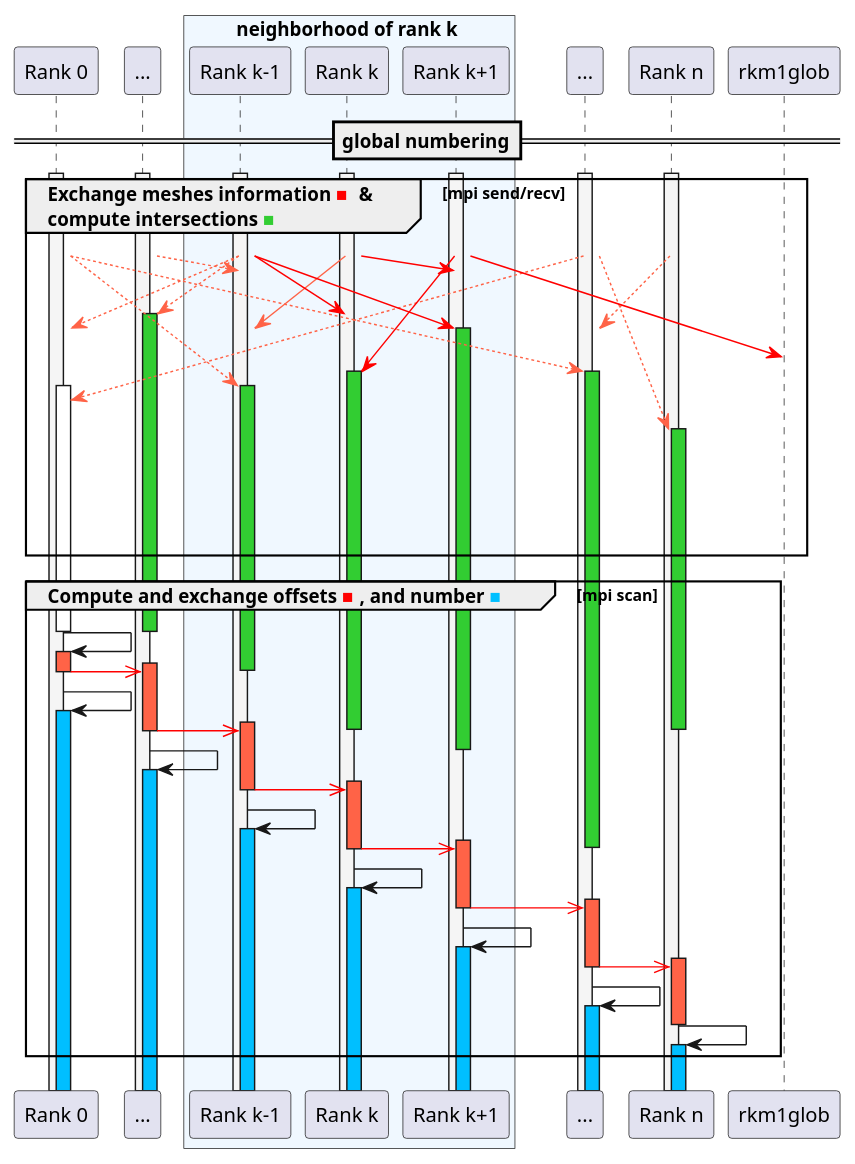
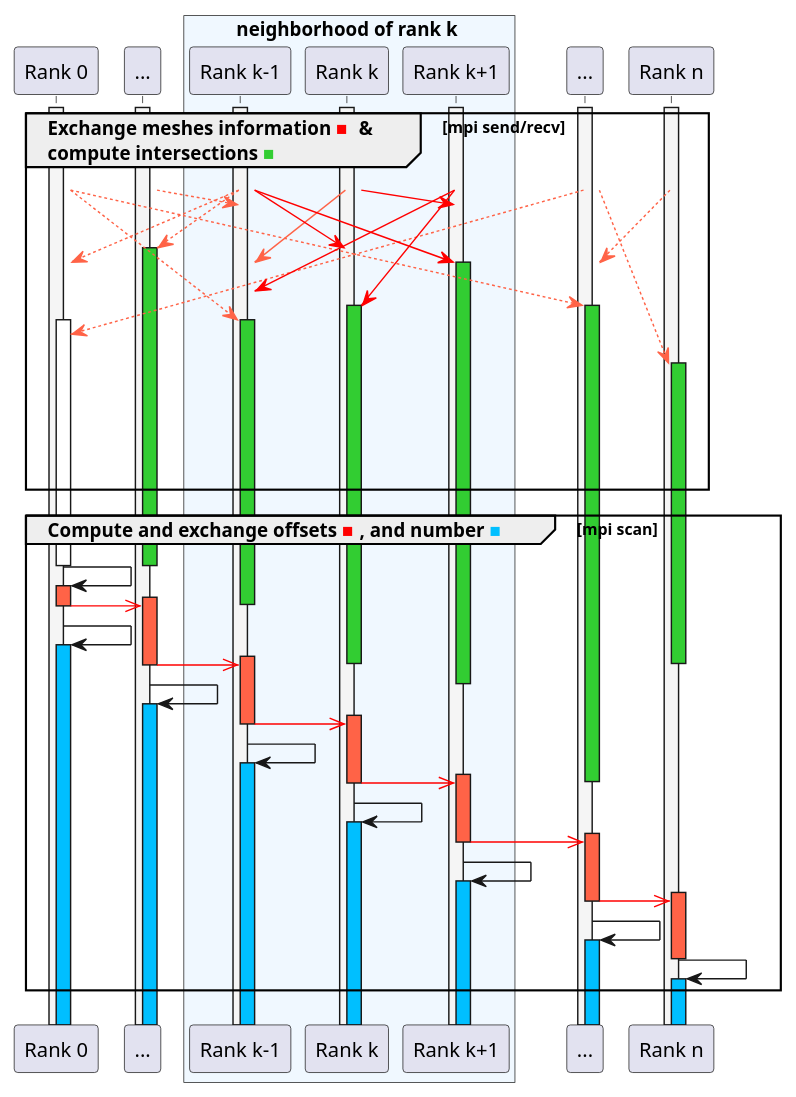
The diagram in src/coreComponents/mesh/docs/Ghosting/global_ghosting_setup.plantuml (GEOS-DEV/GEOS), drawn with PlantUML before and after one commit. The commit also changed 2 other files, not shown here.

Commit message:
fix diagrams + remove tests

```diff
--- a/src/coreComponents/mesh/docs/Ghosting/global_ghosting_setup.plantuml
+++ b/src/coreComponents/mesh/docs/Ghosting/global_ghosting_setup.plantuml
@@ -1,90 +1,88 @@
 @startuml
 skinparam BoxPadding 10
 participant "Rank 0" as r0
 participant "..." as rtmp0
 box neighborhood of rank k #AliceBlue
 participant "Rank k-1" as rkm1
 participant "Rank k" as rk
 participant "Rank k+1" as rkp1
 end box
 participant "..." as rtmpn
 participant "Rank n" as rn
-
-==global numbering==
 
 activate r0 #WhiteSmoke
 activate rtmp0 #WhiteSmoke
 activate rkm1 #WhiteSmoke
 activate rk #WhiteSmoke
 activate rkp1 #WhiteSmoke
 activate rtmpn #WhiteSmoke
 activate rn #WhiteSmoke
 
 group Exchange meshes information <color:red>■</color> & \ncompute intersections <color:LimeGreen>■</color> [mpi send/recv]
 
 !pragma teoz true
 
 r0 -[#tomato]->(90) rkm1++ #LimeGreen
 & rkm1 -[#tomato]->(50) r0
 & r0 -[#tomato]->(80) rtmpn++ #LimeGreen
 & rtmpn -[#tomato]->(100) r0++ #LimeGreen
 & rtmpn -[#tomato]->(120) rn++ #LimeGreen
 & rtmp0 -[#tomato]->(10) rkm1
 & rkm1 -[#tomato]->(40) rtmp0++ #LimeGreen
 & rn -[#tomato]->(50) rtmpn
 & rk -[#tomato]>(50) rkm1
 & rk -[#red]>(10) rkp1
 & rkm1 -[#red]>(40) rk
 & rkm1 -[#red]>(50) rkp1++ #LimeGreen
 & rkp1 -[#red]>(80) rk++ #LimeGreen
-& rkp1 -[#red]>(70) rkm1glob
+& rkp1 -[#red]>(70) rkm1
 
 
 end group
 
 group Compute and exchange offsets <color:red>■</color>, and number <color:DeepSkyBlue>■</color> [mpi scan]
 
 deactivate rtmp0
 
 deactivate r0
 r0 -> r0++ #tomato
 deactivate rkm1
 activate rtmp0 #tomato
 r0 -[#red]>> rtmp0-- #tomato
 
 r0 -> r0++ #DeepSkyBlue
 
 
 deactivate rn
 deactivate rk
 
 activate rkm1 #tomato
 rtmp0 -[#red]>> rkm1-- #tomato
 deactivate rkp1
 rtmp0 -> rtmp0++ #DeepSkyBlue
 
 
 activate rk #tomato
 rkm1 -[#red]>> rk-- #tomato
 rkm1 -> rkm1++ #DeepSkyBlue
 
 deactivate rtmpn
 
 activate rkp1 #tomato
 rk -[#red]>> rkp1-- #tomato
 rk -> rk++ #DeepSkyBlue
 
 activate rtmpn #tomato
 rkp1 -[#red]>> rtmpn-- #tomato
 rkp1 -> rkp1++ #DeepSkyBlue
 
 activate rn #tomato
 rtmpn -[#red]>> rn-- #tomato
 rtmpn -> rtmpn++ #DeepSkyBlue
 
 deactivate rn
 rn -> rn++ #DeepSkyBlue
 
 end group
 
 @enduml
```
